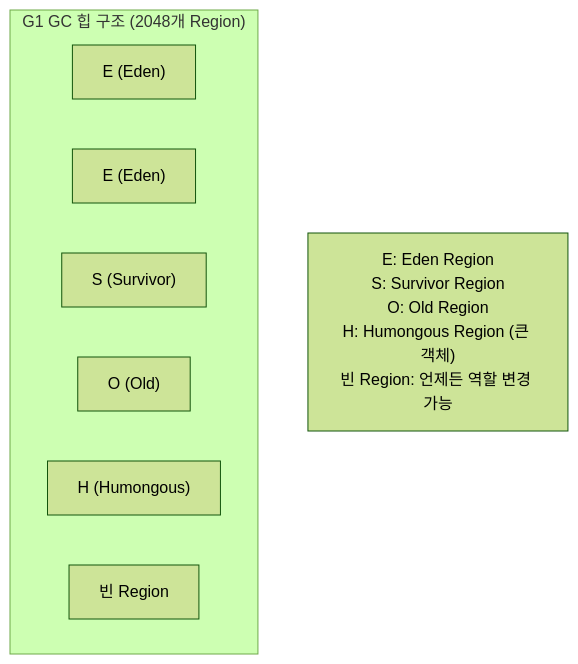
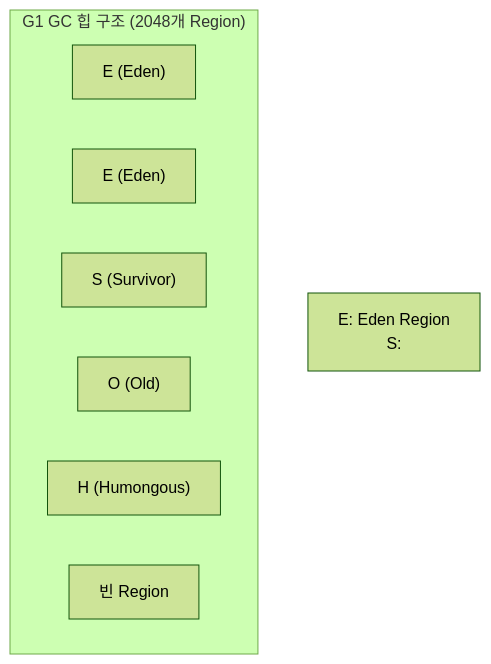
Diagram 14 of 29 in _posts/java/2026-05-01-java-garbage-collector.md (yjkim2015/yjkim2015.github.io), drawn with Mermaid (forest theme) before and after one commit. The commit also changed other lines of this file and 271 other files, not shown here.

First line of the commit message:
Mermaid 라벨 축소: 긴 노드 텍스트 18자 이하로 트림 + \n 제거

````diff
--- a/_posts/java/2026-05-01-java-garbage-collector.md
+++ b/_posts/java/2026-05-01-java-garbage-collector.md
@@ -287,12 +287,12 @@
 ```mermaid
 graph TD
     subgraph "G1 GC 힙 구조 (2048개 Region)"
         R1["E (Eden)"]
         R2["E (Eden)"]
         R3["S (Survivor)"]
         R4["O (Old)"]
         R5["H (Humongous)"]
         R6["빈 Region"]
     end
-    LEGEND["E: Eden Region\nS: Survivor Region\nO: Old Region\nH: Humongous Region (큰 객체)\n빈 Region: 언제든 역할 변경 가능"]
+    LEGEND["E: Eden Region\nS:"]
 ```
````
